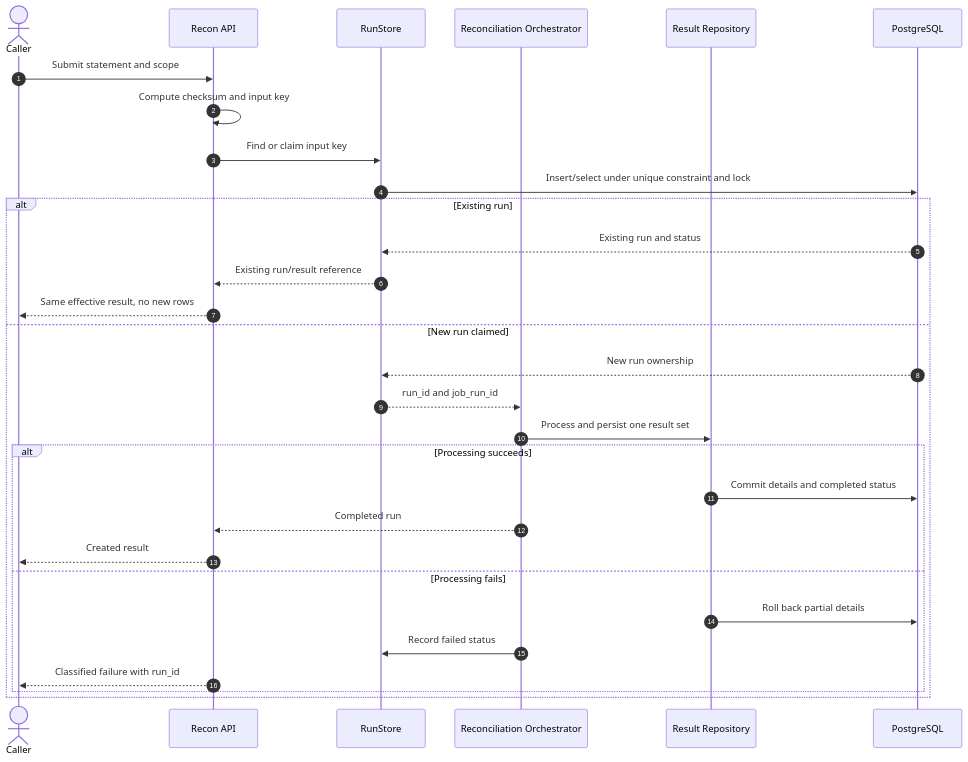
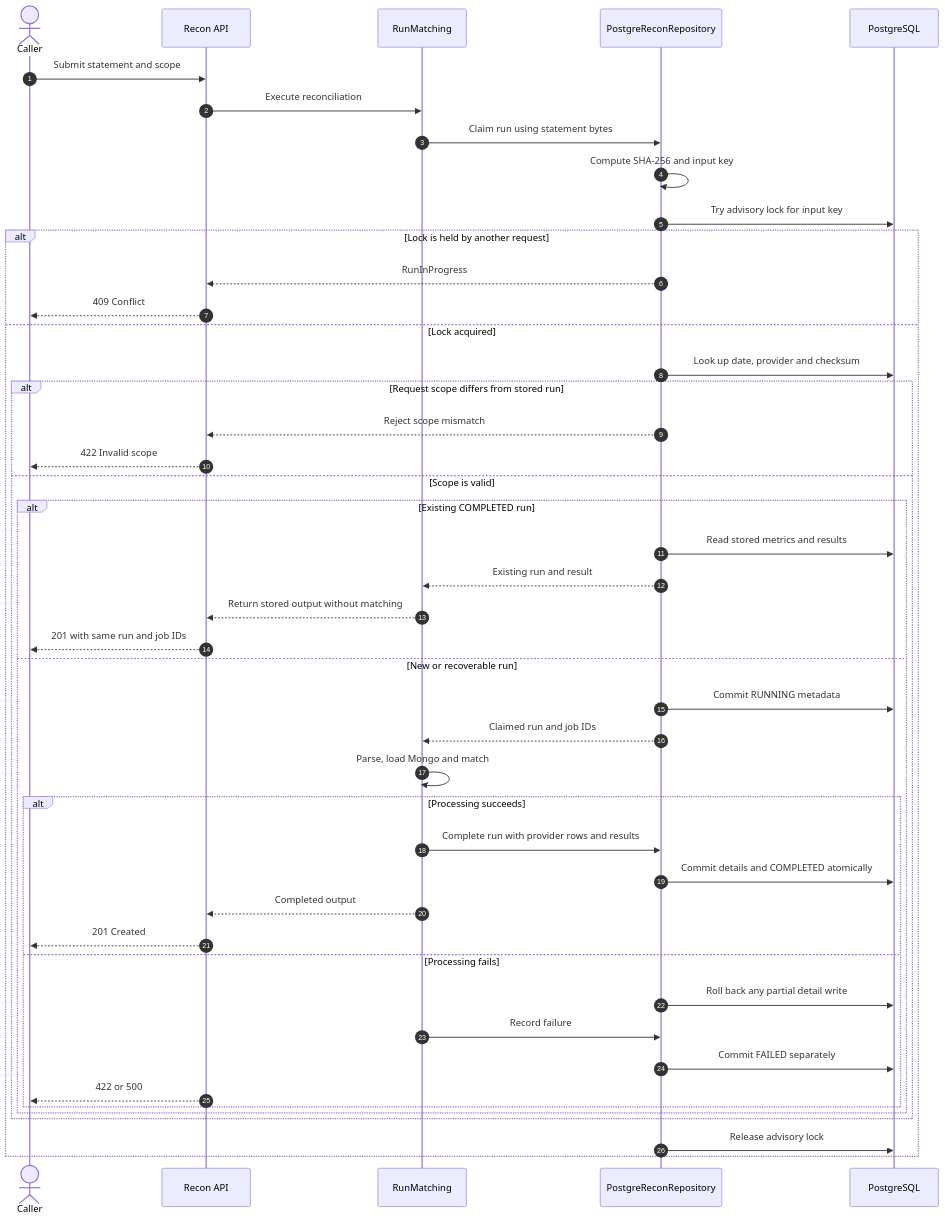
One commit to huuthang-0809/PaymentHub changed the diagram in docs/features/reconciliation/f06-run-lifecycle-idempotent-rerun.md. Above: the diagram before and after it, drawn with Mermaid. The commit also changed other lines of this file and 2 other files, not shown here.

Commit message:
w2: verify and document run lifecycle and reruns

````diff
--- a/docs/features/reconciliation/f06-run-lifecycle-idempotent-rerun.md
+++ b/docs/features/reconciliation/f06-run-lifecycle-idempotent-rerun.md
@@ -35,33 +35,48 @@
 ```mermaid
 sequenceDiagram
     autonumber
     actor Caller
     participant API as Recon API
-    participant Store as RunStore
-    participant Orch as Reconciliation Orchestrator
-    participant Repo as Result Repository
+    participant Orch as RunMatching
+    participant Repo as PostgreReconRepository
     participant PG as PostgreSQL
 
     Caller->>API: Submit statement and scope
-    API->>API: Compute checksum and input key
-    API->>Store: Find or claim input key
-    Store->>PG: Insert/select under unique constraint and lock
-    alt Existing run
-        PG-->>Store: Existing run and status
-        Store-->>API: Existing run/result reference
-        API-->>Caller: Same effective result, no new rows
-    else New run claimed
-        PG-->>Store: New run ownership
-        Store-->>Orch: run_id and job_run_id
-        Orch->>Repo: Process and persist one result set
-        alt Processing succeeds
-            Repo->>PG: Commit details and completed status
-            Orch-->>API: Completed run
-            API-->>Caller: Created result
-        else Processing fails
-            Repo->>PG: Roll back partial details
-            Orch->>Store: Record failed status
-            API-->>Caller: Classified failure with run_id
+    API->>Orch: Execute reconciliation
+    Orch->>Repo: Claim run using statement bytes
+    Repo->>Repo: Compute SHA-256 and input key
+    Repo->>PG: Try advisory lock for input key
+    alt Lock is held by another request
+        Repo-->>API: RunInProgress
+        API-->>Caller: 409 Conflict
+    else Lock acquired
+        Repo->>PG: Look up date, provider and checksum
+        alt Request scope differs from stored run
+            Repo-->>API: Reject scope mismatch
+            API-->>Caller: 422 Invalid scope
+        else Scope is valid
+            alt Existing COMPLETED run
+                Repo->>PG: Read stored metrics and results
+                Repo-->>Orch: Existing run and result
+                Orch-->>API: Return stored output without matching
+                API-->>Caller: 201 with same run and job IDs
+            else New or recoverable run
+                Repo->>PG: Commit RUNNING metadata
+                Repo-->>Orch: Claimed run and job IDs
+                Orch->>Orch: Parse, load Mongo and match
+                alt Processing succeeds
+                    Orch->>Repo: Complete run with provider rows and results
+                    Repo->>PG: Commit details and COMPLETED atomically
+                    Orch-->>API: Completed output
+                    API-->>Caller: 201 Created
+                else Processing fails
+                    Repo->>PG: Roll back any partial detail write
+                    Orch->>Repo: Record failure
+                    Repo->>PG: Commit FAILED separately
+                    API-->>Caller: 422 or 500
+                end
+            end
         end
+        Repo->>PG: Release advisory lock
     end
 ```
````
